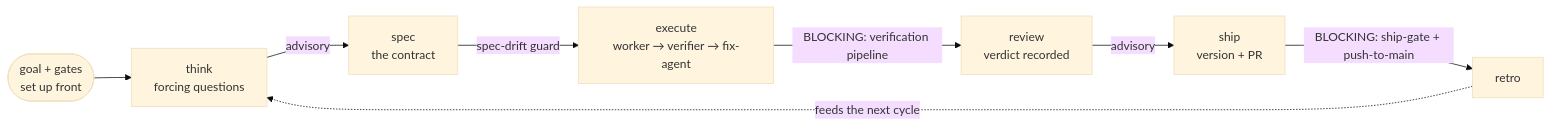
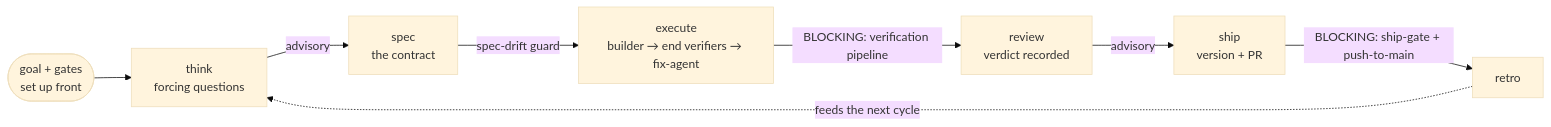
The first of 2 diagrams in README.md (dwarvesf/dwarves-kit), drawn with Mermaid (base theme) before and after one commit. The commit also changed other lines of this file and 8 other files, not shown here.

Commit message:
docs: describe whole-spec dispatch in the workflow, manual, architecture and README

````diff
--- a/README.md
+++ b/README.md
@@ -30,10 +30,10 @@
 ```mermaid
 flowchart LR
   goal([goal + gates<br/>set up front]) --> T
   T[think<br/>forcing questions] -->|advisory| S[spec<br/>the contract]
-  S -->|spec-drift guard| X[execute<br/>worker → verifier → fix-agent]
+  S -->|spec-drift guard| X[execute<br/>builder → end verifiers → fix-agent]
   X -->|BLOCKING: verification pipeline| R[review<br/>verdict recorded]
   R -->|advisory| SH[ship<br/>version + PR]
   SH -->|BLOCKING: ship-gate + push-to-main| RE[retro]
   RE -.->|feeds the next cycle| T
 ```
````
